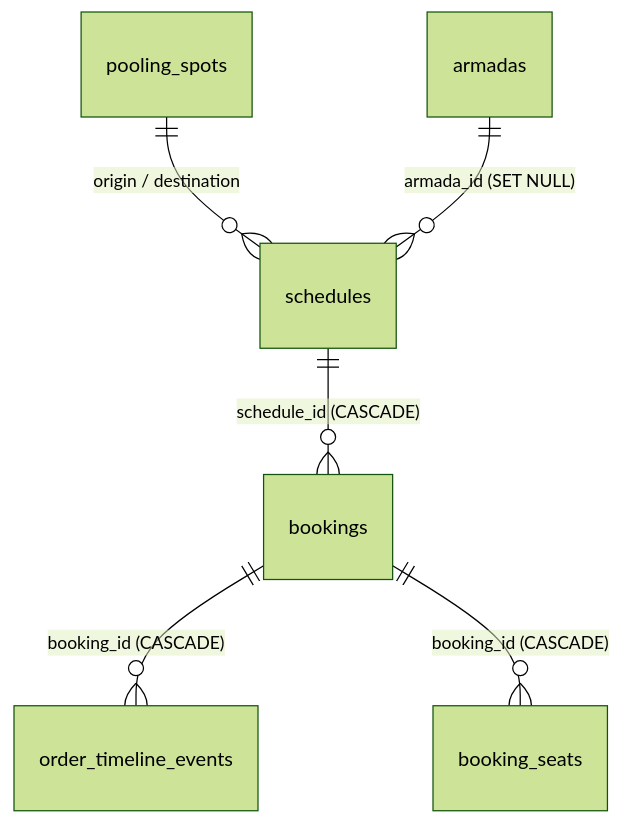
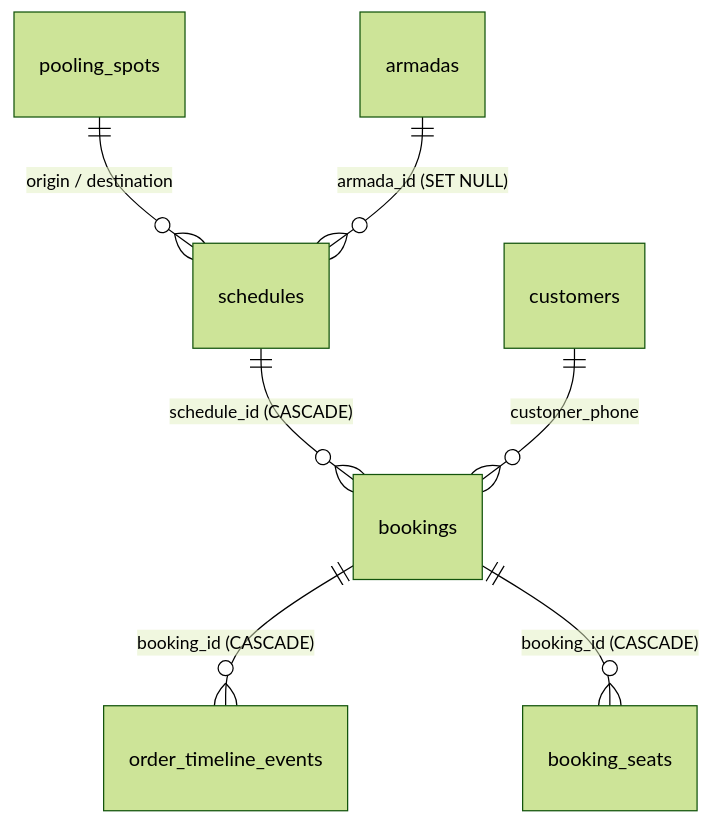
Before and after one commit to ivanadriman/antarpool-travel: the diagram in docs/DATABASE.md, drawn with Mermaid (forest theme). The commit also changed other lines of this file and 5 other files, not shown here.

Commit message:
docs: update architecture, api reference, database schema, adrs, and user guide for modular refactoring

````diff
--- a/docs/DATABASE.md
+++ b/docs/DATABASE.md
@@ -5,8 +5,9 @@
 ```mermaid
 erDiagram
   pooling_spots ||--o{ schedules : "origin / destination"
   armadas ||--o{ schedules : "armada_id (SET NULL)"
   schedules ||--o{ bookings : "schedule_id (CASCADE)"
   bookings ||--o{ order_timeline_events : "booking_id (CASCADE)"
   bookings ||--o{ booking_seats : "booking_id (CASCADE)"
+  customers ||--o{ bookings : "customer_phone"
 ```
````
